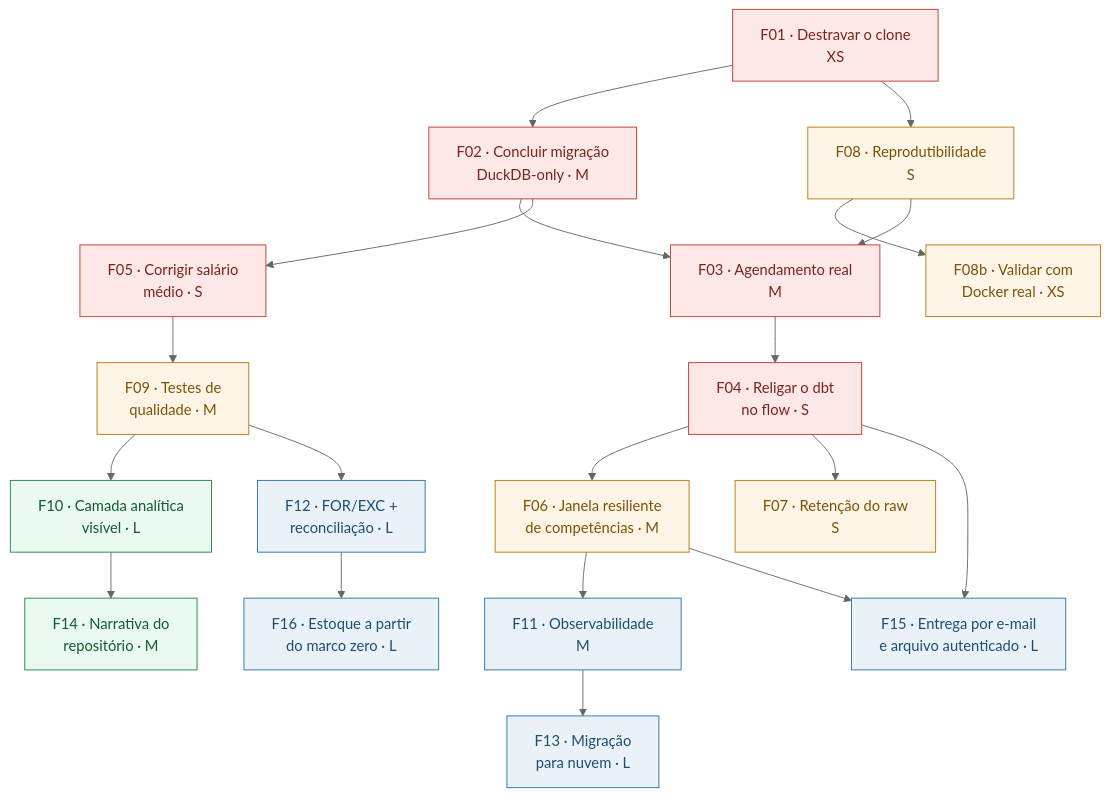
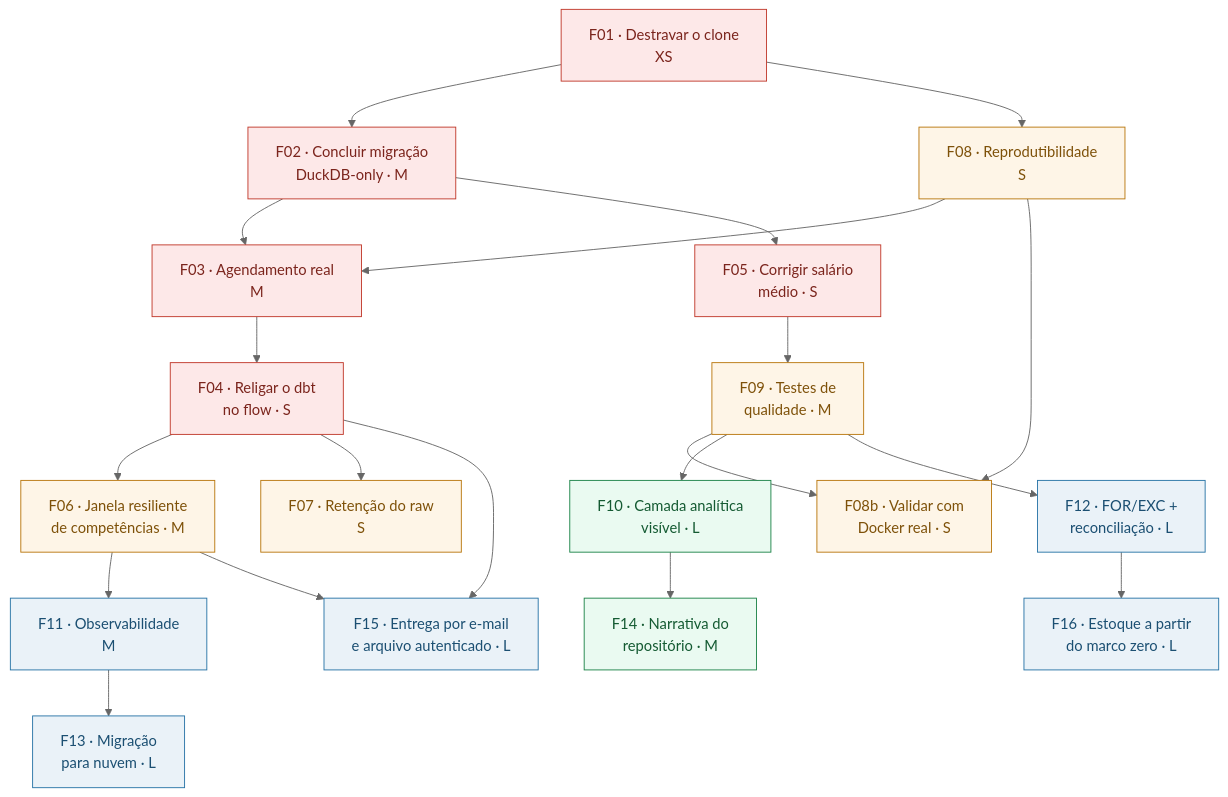
Before and after one commit to raulleninis/heco-caged-datastack: the diagram in docs/fatias/README.md, drawn with Mermaid (neutral theme). The commit also changed other lines of this file and 1 other file, not shown here.

Commit message:
docs: Estender F08b para cobrir validação de F09 também
F09 reescreveu a leitura do CSV bruto (source declarado, all_varchar=true,
CAST explícito) — mudança estrutural que também não rodou com Docker de
verdade. Como a validação de F08 e F09 vai acontecer na mesma sessão
(mesmo docker compose up), faz mais sentido uma fatia de validação
cobrindo as duas do que duplicar.

Adiciona ao escopo: dbt run + dbt test completo, comparação de valores
antes/depois da mudança de leitura, e o "teste do teste" — reintroduzir
o defeito de F05 e confirmar que test_faixa_salario_plausivel falha.

````diff
--- a/docs/fatias/README.md
+++ b/docs/fatias/README.md
@@ -13,30 +13,31 @@
 ```mermaid
 flowchart TD
     F01["F01 · Destravar o clone<br/>XS"] --> F02["F02 · Concluir migração<br/>DuckDB-only · M"]
     F01 --> F08["F08 · Reprodutibilidade<br/>S"]
-    F08 --> F08b["F08b · Validar com<br/>Docker real · XS"]
     F02 --> F03["F03 · Agendamento real<br/>M"]
     F08 --> F03
     F03 --> F04["F04 · Religar o dbt<br/>no flow · S"]
     F04 --> F06["F06 · Janela resiliente<br/>de competências · M"]
     F02 --> F05["F05 · Corrigir salário<br/>médio · S"]
     F05 --> F09["F09 · Testes de<br/>qualidade · M"]
     F04 --> F07["F07 · Retenção do raw<br/>S"]
+    F08 --> F08b["F08b · Validar com<br/>Docker real · S"]
+    F09 --> F08b
     F09 --> F10["F10 · Camada analítica<br/>visível · L"]
     F06 --> F11["F11 · Observabilidade<br/>M"]
     F09 --> F12["F12 · FOR/EXC +<br/>reconciliação · L"]
     F11 --> F13["F13 · Migração<br/>para nuvem · L"]
     F10 --> F14["F14 · Narrativa do<br/>repositório · M"]
     F04 --> F15["F15 · Entrega por e-mail<br/>e arquivo autenticado · L"]
     F06 --> F15
     F12 --> F16["F16 · Estoque a partir<br/>do marco zero · L"]
 
     classDef agora fill:#fde8e8,stroke:#c0392b,color:#7b241c
     classDef pre fill:#fef5e7,stroke:#b9770e,color:#7e5109
     classDef prod fill:#eaf2f8,stroke:#2874a6,color:#1b4f72
     classDef vitrine fill:#eafaf1,stroke:#1e8449,color:#145a32
     class F01,F02,F03,F04,F05 agora
     class F06,F07,F08,F08b,F09 pre
     class F11,F12,F13,F15,F16 prod
     class F10,F14 vitrine
 ```
````
